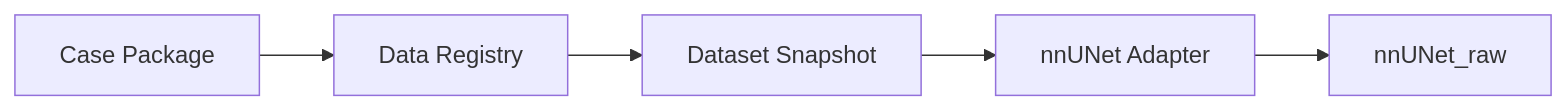
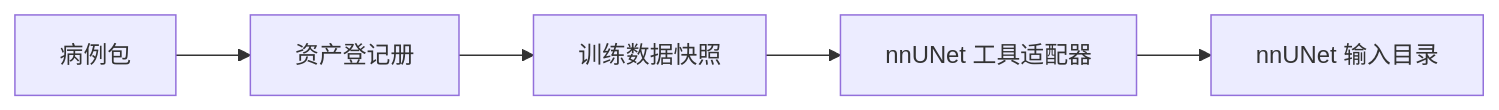
One commit to ShijianRuan/SegmentationPlatform changed the diagram in docs/domains/labeling/case_package_contract.md. Above: the diagram before and after it, drawn with Mermaid. The commit also changed other lines of this file and 979 other files, not shown here.

Commit message:
reorganize platform architecture and research docs

````diff
--- a/docs/domains/labeling/case_package_contract.md
+++ b/docs/domains/labeling/case_package_contract.md
@@ -184,16 +312,16 @@
 ```mermaid
 flowchart LR
-    accTitle: Case Package To nnUNet
-    accDescr: Case packages are reviewed and registered before task-specific snapshots are exported to nnUNet format.
+    accTitle: 病例包到训练数据的关系
+    accDescr: 病例包提交结果先进入资产登记册，再由训练数据快照选择，最后通过 nnUNet 工具适配器导出。
 
-    package["Case Package"]
-    registry["Data Registry"]
-    snapshot["Dataset Snapshot"]
-    adapter["nnUNet Adapter"]
-    nnunet["nnUNet_raw"]
+    package["病例包"]
+    registry["资产登记册"]
+    snapshot["训练数据快照"]
+    adapter["nnUNet 工具适配器"]
+    nnunet["nnUNet 输入目录"]
 
     package --> registry
     registry --> snapshot
     snapshot --> adapter
     adapter --> nnunet
 ```
````
